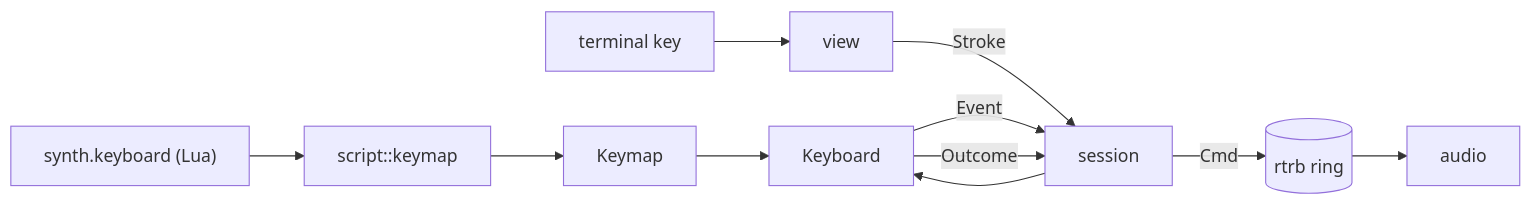
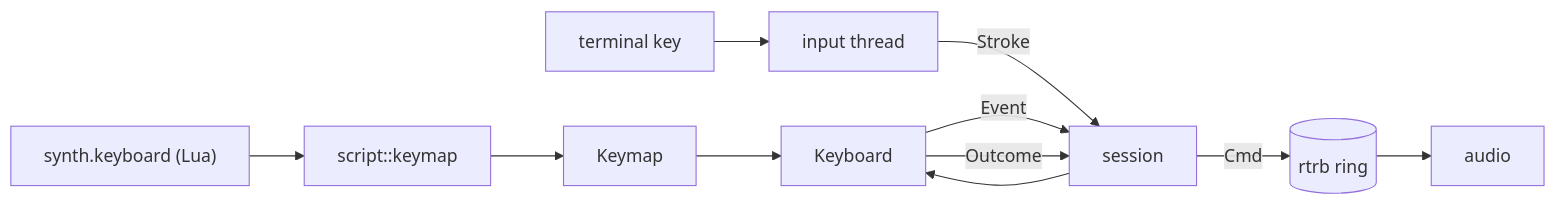
The diagram in src/input/README.md (turkosaurus/synth), drawn with Mermaid before and after one commit. The commit also changed other lines of this file and 3 other files, not shown here.

Commit message:
input: read keys on a dedicated thread, off the draw loop

````diff
--- a/src/input/README.md
+++ b/src/input/README.md
@@ -9,8 +11,8 @@
 ```mermaid
 flowchart LR
     layout["synth.keyboard (Lua)"] --> keymap[script::keymap] --> Keymap
-    key[terminal key] --> view -- Stroke --> session --> Keyboard
+    key[terminal key] --> thread[input thread] -- Stroke --> session --> Keyboard
     Keymap --> Keyboard
     Keyboard -- Event --> session -- Cmd --> ring[(rtrb ring)] --> audio
     Keyboard -- Outcome --> session
 ```
````
